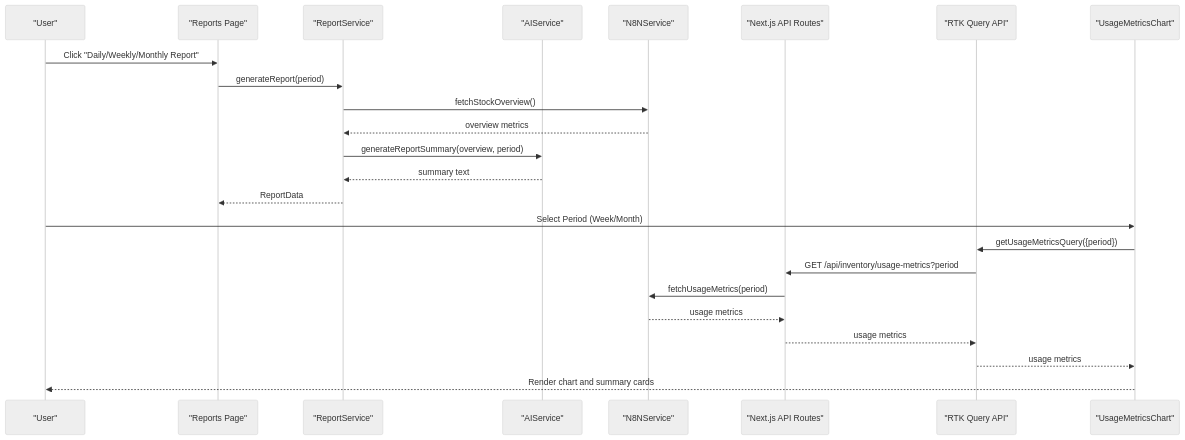
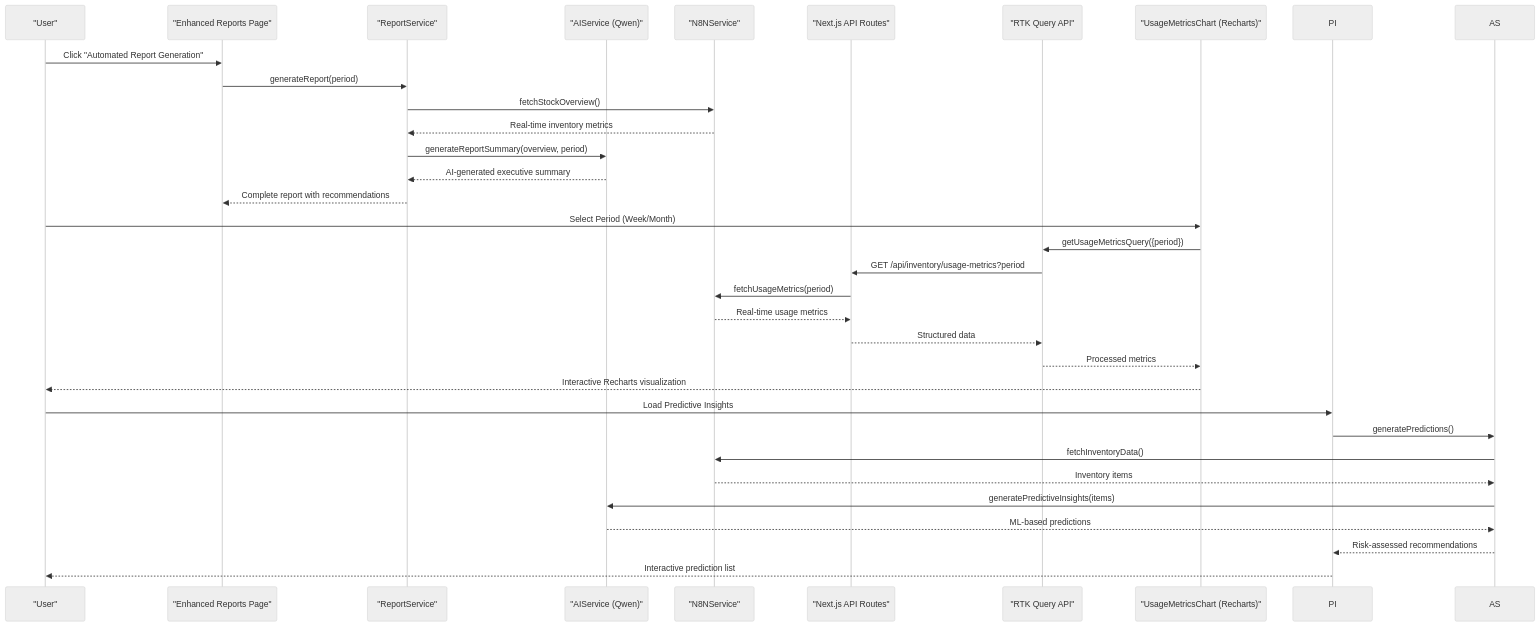
The second of 9 diagrams in .qoder/repowiki/en/content/Core Features/Reports and Analytics.md (cacamarica/dashboard-ai), drawn with Mermaid (neutral theme) before and after one commit. The commit also changed other lines of this file and 14 other files, not shown here.

````diff
--- a/.qoder/repowiki/en/content/Core Features/Reports and Analytics.md
+++ b/.qoder/repowiki/en/content/Core Features/Reports and Analytics.md
@@ -128,26 +136,34 @@
 ```mermaid
 sequenceDiagram
 participant User as "User"
-participant RP as "Reports Page"
+participant RP as "Enhanced Reports Page"
 participant RS as "ReportService"
-participant AIS as "AIService"
+participant AIS as "AIService (Qwen)"
 participant NS as "N8NService"
 participant API as "Next.js API Routes"
 participant RTK as "RTK Query API"
-participant UMC as "UsageMetricsChart"
-User->>RP : Click "Daily/Weekly/Monthly Report"
+participant UMC as "UsageMetricsChart (Recharts)"
+User->>RP : Click "Automated Report Generation"
 RP->>RS : generateReport(period)
 RS->>NS : fetchStockOverview()
-NS-->>RS : overview metrics
+NS-->>RS : Real-time inventory metrics
 RS->>AIS : generateReportSummary(overview, period)
-AIS-->>RS : summary text
-RS-->>RP : ReportData
+AIS-->>RS : AI-generated executive summary
+RS-->>RP : Complete report with recommendations
 User->>UMC : Select Period (Week/Month)
 UMC->>RTK : getUsageMetricsQuery({period})
 RTK->>API : GET /api/inventory/usage-metrics?period
 API->>NS : fetchUsageMetrics(period)
-NS-->>API : usage metrics
-API-->>RTK : usage metrics
-RTK-->>UMC : usage metrics
-UMC-->>User : Render chart and summary cards
+NS-->>API : Real-time usage metrics
+API-->>RTK : Structured data
+RTK-->>UMC : Processed metrics
+UMC-->>User : Interactive Recharts visualization
+User->>PI : Load Predictive Insights
+PI->>AS : generatePredictions()
+AS->>NS : fetchInventoryData()
+NS-->>AS : Inventory items
+AS->>AIS : generatePredictiveInsights(items)
+AIS-->>AS : ML-based predictions
+AS-->>PI : Risk-assessed recommendations
+PI-->>User : Interactive prediction list
 ```
````
